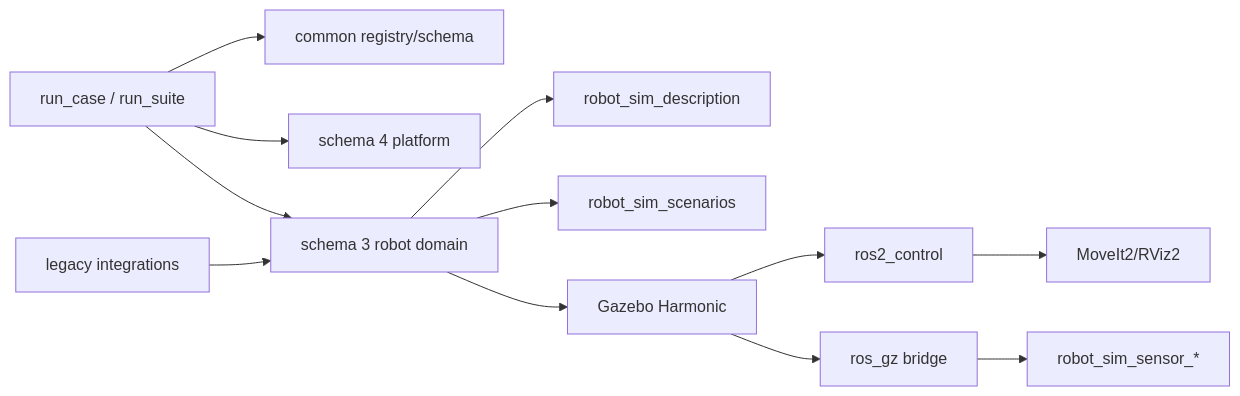
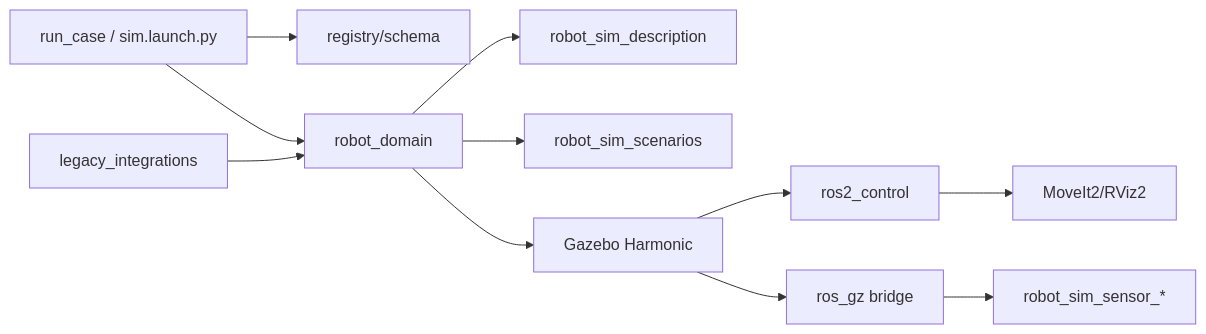
One commit to MzKyle/Robot-Sim changed the diagram in docs/architecture/README.md. Above: the diagram before and after it, drawn with Mermaid. The commit also changed other lines of this file and 67 other files, not shown here.

````diff
--- a/docs/architecture/README.md
+++ b/docs/architecture/README.md
@@ -10,27 +12,25 @@
 ```mermaid
 flowchart LR
-    CLI[run_case / run_suite]
-    Common[common registry/schema]
-    Platform[schema 4 platform]
-    Robot[schema 3 robot domain]
-    Legacy[legacy integrations]
+    CLI[run_case / sim.launch.py]
+    Common[registry/schema]
+    Robot[robot_domain]
+    Legacy[legacy_integrations]
     Desc[robot_sim_description]
     Scenarios[robot_sim_scenarios]
     Gazebo[Gazebo Harmonic]
     Control[ros2_control]
     MoveIt[MoveIt2/RViz2]
     Bridge[ros_gz bridge]
     Sensors[robot_sim_sensor_*]
 
     CLI --> Common
-    CLI --> Platform
     CLI --> Robot
+    Legacy --> Robot
     Robot --> Desc
     Robot --> Scenarios
     Robot --> Gazebo
     Gazebo --> Control
     Control --> MoveIt
     Gazebo --> Bridge
     Bridge --> Sensors
-    Legacy --> Robot
 ```
````
